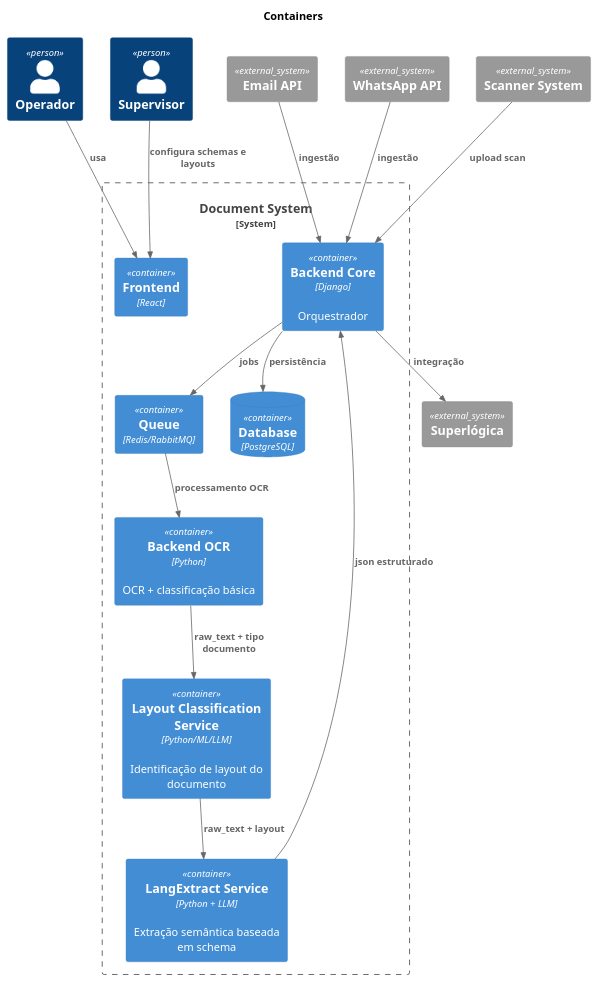
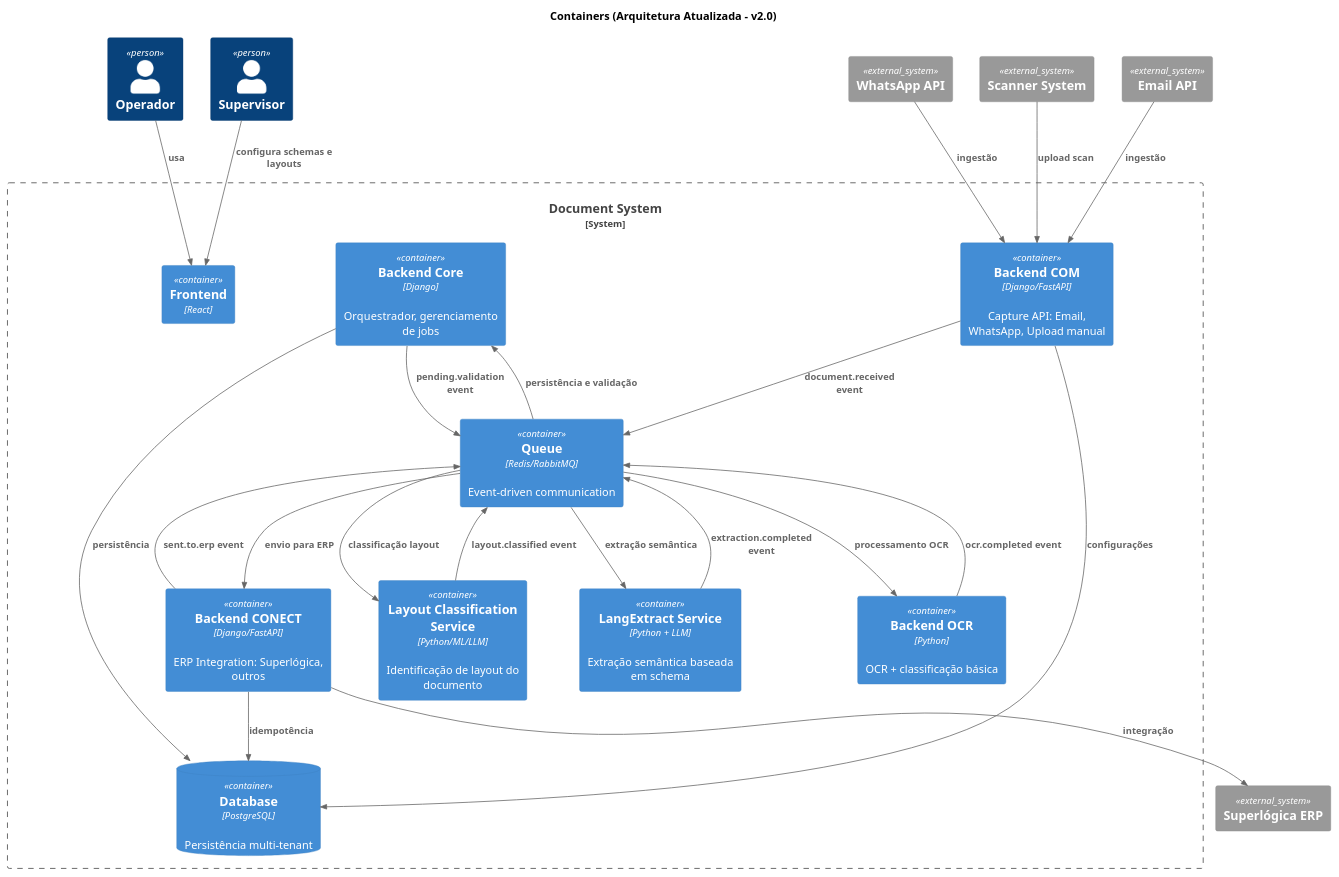
One commit to InnoVoxAI/docuparser changed the diagram in docs/specs/containers.puml. Above: the diagram before and after it, drawn with PlantUML. The commit also changed 6 other files, not shown here.

```diff
--- a/docs/specs/containers.puml
+++ b/docs/specs/containers.puml
@@ -1,42 +1,56 @@
 @startuml
 !includeurl https://raw.githubusercontent.com/plantuml-stdlib/C4-PlantUML/master/C4_Container.puml
 
-title Containers
+title Containers (Arquitetura Atualizada - v2.0)
 
 Person(operator, "Operador")
 Person(supervisor, "Supervisor")
 
 System_Boundary(system, "Document System") {
 
     Container(frontend, "Frontend", "React")
-    Container(core, "Backend Core", "Django", "Orquestrador")
+    Container(core, "Backend Core", "Django", "Orquestrador, gerenciamento de jobs")
+    Container(com, "Backend COM", "Django/FastAPI", "Capture API: Email, WhatsApp, Upload manual")
     Container(ocr, "Backend OCR", "Python", "OCR + classificação básica")
+    Container(conect, "Backend CONECT", "Django/FastAPI", "ERP Integration: Superlógica, outros")
     Container(layout, "Layout Classification Service", "Python/ML/LLM", "Identificação de layout do documento")
     Container(langextract, "LangExtract Service", "Python + LLM", "Extração semântica baseada em schema")
-    Container(queue, "Queue", "Redis/RabbitMQ")
-    ContainerDb(db, "Database", "PostgreSQL")
+    Container(queue, "Queue", "Redis/RabbitMQ", "Event-driven communication")
+    ContainerDb(db, "Database", "PostgreSQL", "Persistência multi-tenant")
 }
 
 System_Ext(email, "Email API")
 System_Ext(whatsapp, "WhatsApp API")
 System_Ext(scanner, "Scanner System")
-System_Ext(superlogica, "Superlógica")
+System_Ext(superlogica, "Superlógica ERP")
 
 Rel(operator, frontend, "usa")
 Rel(supervisor, frontend, "configura schemas e layouts")
 
-Rel(email, core, "ingestão")
-Rel(whatsapp, core, "ingestão")
-Rel(scanner, core, "upload scan")
+Rel(email, com, "ingestão")
+Rel(whatsapp, com, "ingestão")
+Rel(scanner, com, "upload scan")
 
-Rel(core, queue, "jobs")
+Rel(com, queue, "document.received event")
 
 Rel(queue, ocr, "processamento OCR")
-Rel(ocr, layout, "raw_text + tipo documento")
-Rel(layout, langextract, "raw_text + layout")
-Rel(langextract, core, "json estruturado")
+Rel(ocr, queue, "ocr.completed event")
+
+Rel(queue, layout, "classificação layout")
+Rel(layout, queue, "layout.classified event")
+
+Rel(queue, langextract, "extração semântica")
+Rel(langextract, queue, "extraction.completed event")
+
+Rel(queue, core, "persistência e validação")
+Rel(core, queue, "pending.validation event")
+
+Rel(queue, conect, "envio para ERP")
+Rel(conect, superlogica, "integração")
+Rel(conect, queue, "sent.to.erp event")
 
 Rel(core, db, "persistência")
-Rel(core, superlogica, "integração")
+Rel(com, db, "configurações")
+Rel(conect, db, "idempotência")
 
 @enduml
```
